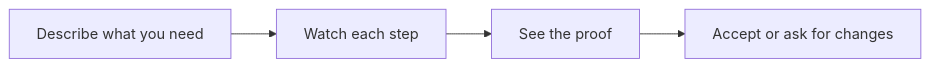
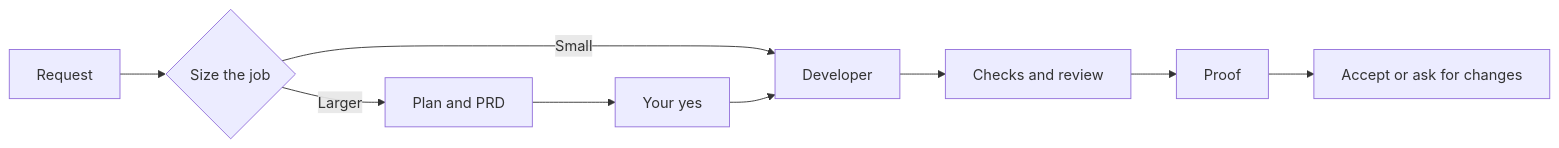
The diagram in frontend/content/projects/masih-awam-ai-code.md (farismnrr/portofolio), drawn with Mermaid before and after one commit. The commit also changed other lines of this file and 3 other files, not shown here.

````diff
--- a/frontend/content/projects/masih-awam-ai-code.md
+++ b/frontend/content/projects/masih-awam-ai-code.md
@@ -26,6 +30,11 @@
 ```mermaid
 flowchart LR
-    D[Describe what you need] --> W[Watch each step]
-    W --> P[See the proof]
-    P --> A[Accept or ask for changes]
+    R[Request] --> S{Size the job}
+    S -->|Small| D[Developer]
+    S -->|Larger| P[Plan and PRD]
+    P --> Y[Your yes]
+    Y --> D
+    D --> C[Checks and review]
+    C --> F[Proof]
+    F --> A[Accept or ask for changes]
 ```
````
